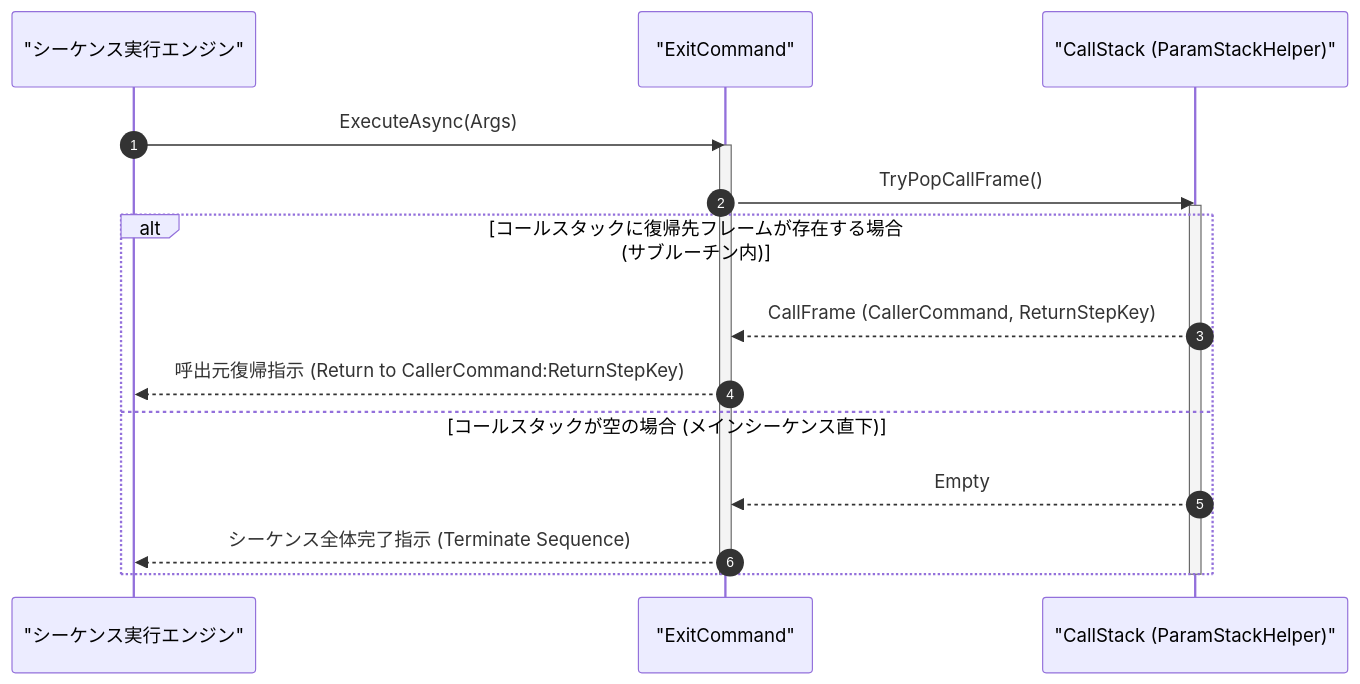
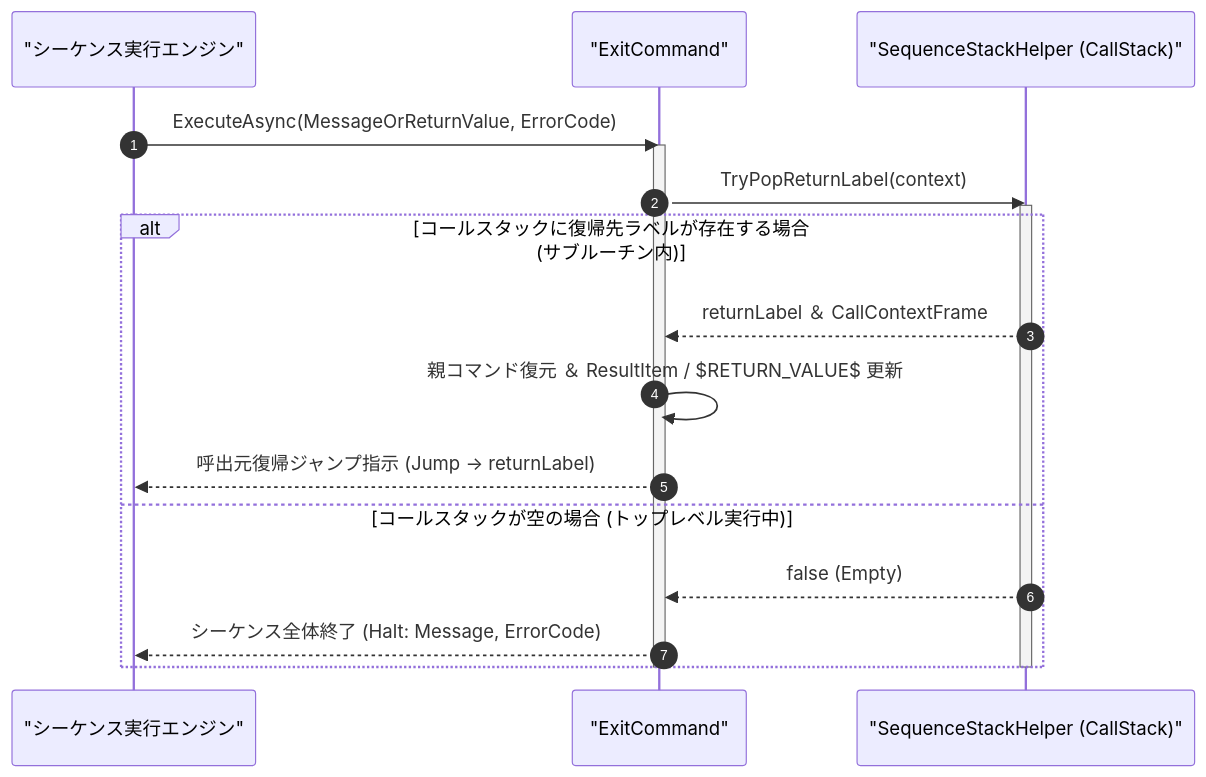
The diagram in Manual/Core/Param/Exit.Md (Monaca-App/TermAddIn), drawn with Mermaid before and after one commit. The commit also changed other lines of this file and 157 other files, not shown here.

````diff
--- a/Manual/Core/Param/Exit.Md
+++ b/Manual/Core/Param/Exit.Md
@@ -70,21 +70,22 @@
 ```mermaid
 sequenceDiagram
     autonumber
     participant Engine as "シーケンス実行エンジン"
     participant Cmd as "ExitCommand"
-    participant Stack as "CallStack (ParamStackHelper)"
+    participant Stack as "SequenceStackHelper (CallStack)"
 
-    Engine->>Cmd: ExecuteAsync(Args)
+    Engine->>Cmd: ExecuteAsync(MessageOrReturnValue, ErrorCode)
     activate Cmd
-    Cmd->>Stack: TryPopCallFrame()
+    Cmd->>Stack: TryPopReturnLabel(context)
     activate Stack
-    alt コールスタックに復帰先フレームが存在する場合 (サブルーチン内)
-        Stack-->>Cmd: CallFrame (CallerCommand, ReturnStepKey)
-        Cmd-->>Engine: 呼出元復帰指示 (Return to CallerCommand:ReturnStepKey)
-    else コールスタックが空の場合 (メインシーケンス直下)
-        Stack-->>Cmd: Empty
-        Cmd-->>Engine: シーケンス全体完了指示 (Terminate Sequence)
+    alt コールスタックに復帰先ラベルが存在する場合 (サブルーチン内)
+        Stack-->>Cmd: returnLabel ＆ CallContextFrame
+        Cmd->>Cmd: 親コマンド復元 ＆ ResultItem / $RETURN_VALUE$ 更新
+        Cmd-->>Engine: 呼出元復帰ジャンプ指示 (Jump -> returnLabel)
+    else コールスタックが空の場合 (トップレベル実行中)
+        Stack-->>Cmd: false (Empty)
+        Cmd-->>Engine: シーケンス全体終了 (Halt: Message, ErrorCode)
     end
     deactivate Stack
     deactivate Cmd
 ```
````
